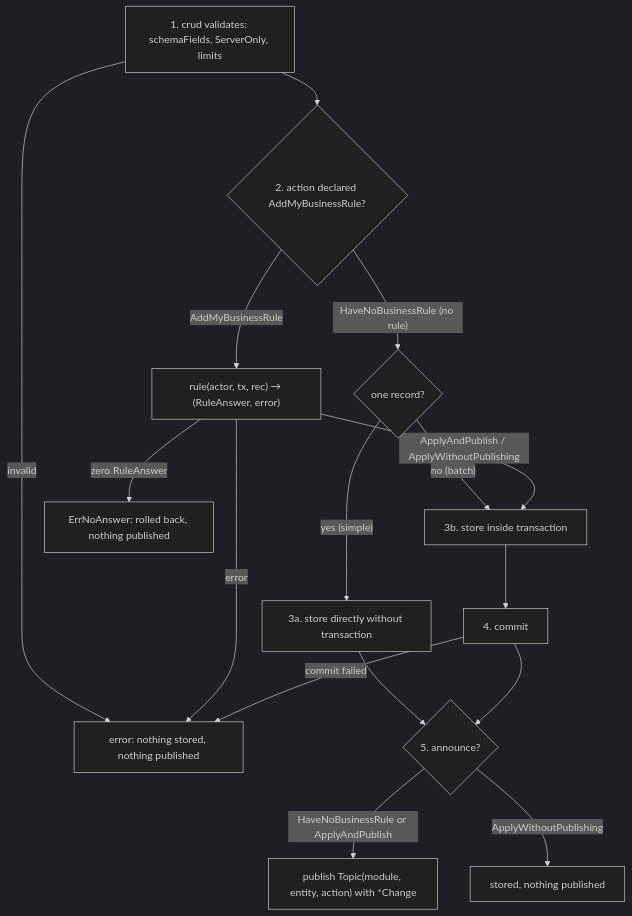
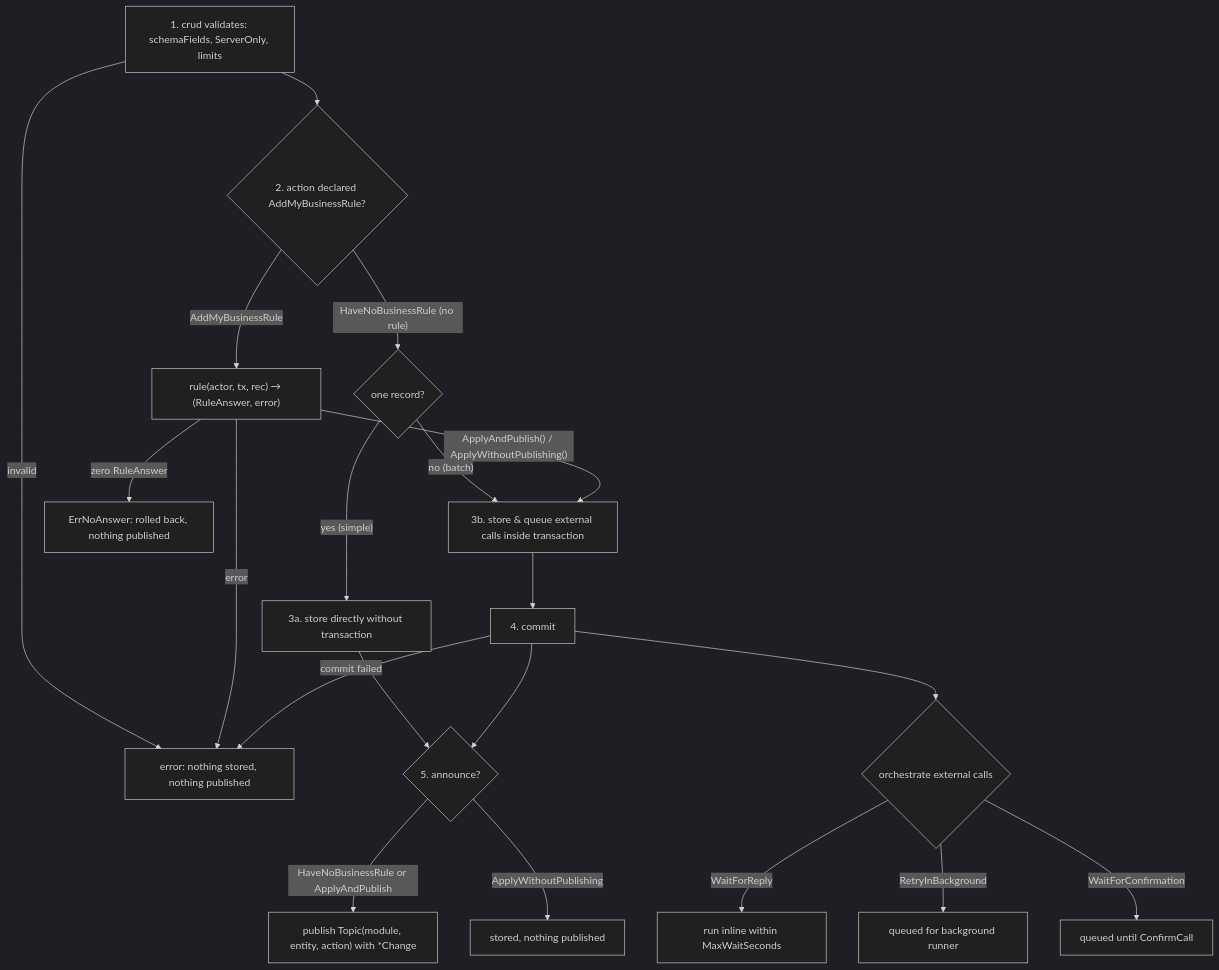
The diagram in docs/diagrams/WRITE_FLOW.md (webtyp/crud), drawn with Mermaid (dark theme) before and after one commit. The commit also changed 21 other files, not shown here.

First line of the commit message:
feat!: orchestrate external calls and switch ApplyAndPublish to functions

````diff
--- a/docs/diagrams/WRITE_FLOW.md
+++ b/docs/diagrams/WRITE_FLOW.md
@@ -6,18 +6,22 @@
 ```mermaid
 flowchart TD
     A["1. crud validates: schemaFields, ServerOnly, limits"] -->|invalid| X["error: nothing stored, nothing published"]
     A --> B{"2. action declared AddMyBusinessRule?"}
     B -->|"HaveNoBusinessRule (no rule)"| BR{"one record?"}
     BR -->|"yes (simple)"| S["3a. store directly without transaction"]
     BR -->|"no (batch)"| D["3b. store inside transaction"]
     B -->|"AddMyBusinessRule"| C["rule(actor, tx, rec) → (RuleAnswer, error)"]
     C -->|"error"| X
     C -->|"zero RuleAnswer"| X2["ErrNoAnswer: rolled back, nothing published"]
-    C -->|"ApplyAndPublish / ApplyWithoutPublishing"| D
+    C -->|"ApplyAndPublish() / ApplyWithoutPublishing()"| D["3b. store & queue external calls inside transaction"]
     S --> F{"5. announce?"}
     D --> E["4. commit"]
     E -->|"commit failed"| X
     E --> F
     F -->|"HaveNoBusinessRule or ApplyAndPublish"| G["publish Topic(module, entity, action) with *Change"]
     F -->|"ApplyWithoutPublishing"| H["stored, nothing published"]
+    E --> EC{"orchestrate external calls"}
+    EC -->|"WaitForReply"| EX["run inline within MaxWaitSeconds"]
+    EC -->|"RetryInBackground"| BG["queued for background runner"]
+    EC -->|"WaitForConfirmation"| CF["queued until ConfirmCall"]
 ```
````
